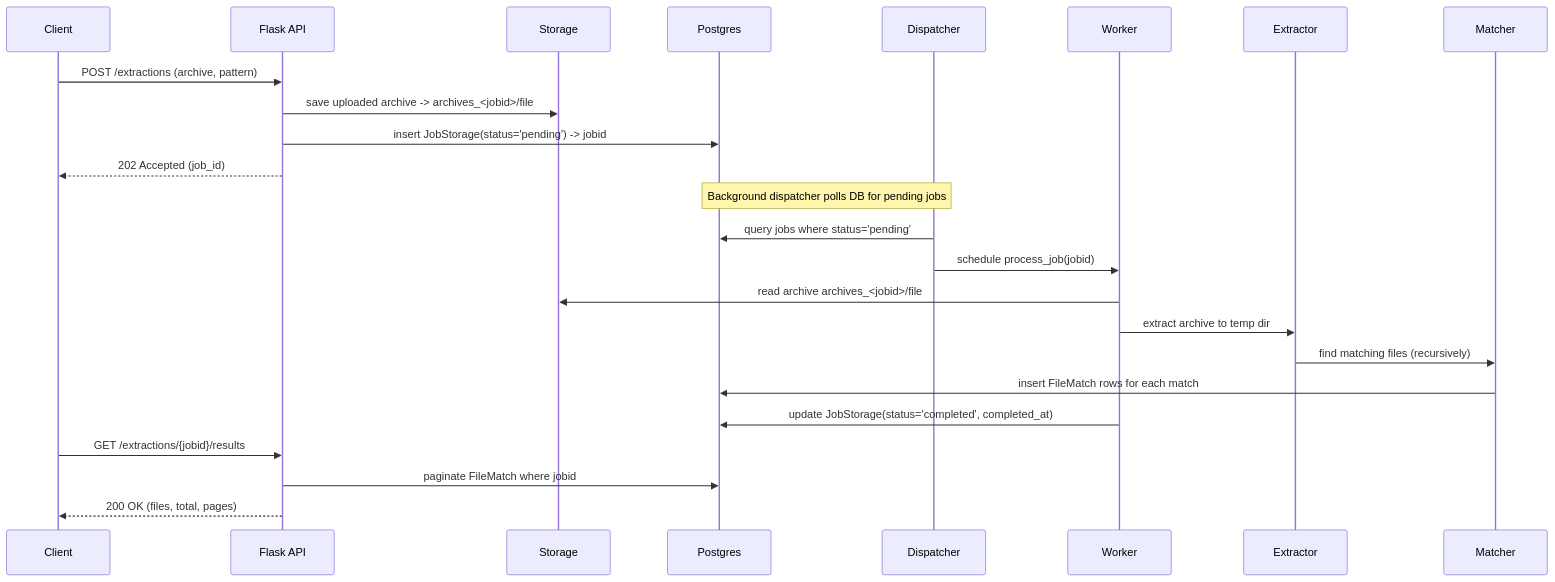
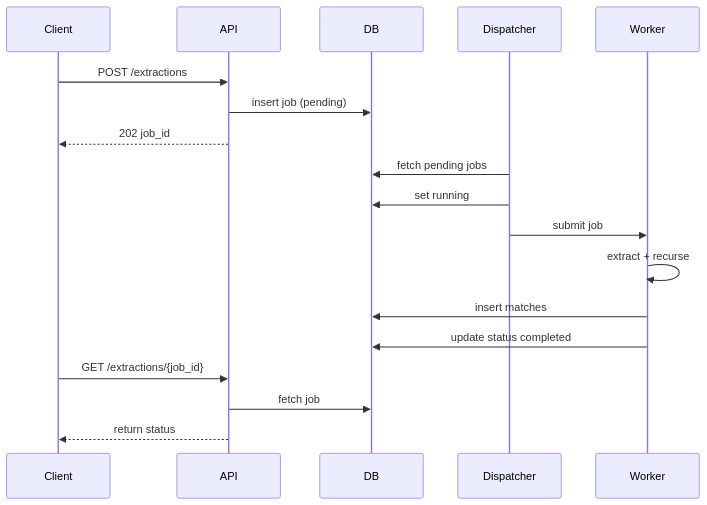
One commit to pradeepkumar-c/archive_file_extractor changed the second of 4 diagrams in docs/architecture.md. Above: the diagram before and after it, drawn with Mermaid. The commit also changed other lines of this file and 5 other files, not shown here.

Commit message:
Updated README.md and architecture.MD, updated service.py code, where some duplication of code exists and corresponding test cases

````diff
--- a/docs/architecture.md
+++ b/docs/architecture.md
@@ -32,29 +83,24 @@
 ```mermaid
 sequenceDiagram
-  participant C as Client
-  participant API as Flask API
-  participant S as Storage
-  participant DB as Postgres
-  participant D as Dispatcher
-  participant W as Worker
-  participant E as Extractor
-  participant M as Matcher
+    participant Client
+    participant API
+    participant DB
+    participant Dispatcher
+    participant Worker
 
-  C->>API: POST /extractions (archive, pattern)
-  API->>S: save uploaded archive -> archives_<jobid>/file
-  API->>DB: insert JobStorage(status='pending') -> jobid
-  API-->>C: 202 Accepted (job_id)
+    Client->>API: POST /extractions
+    API->>DB: insert job (pending)
+    API-->>Client: 202 job_id
 
-  Note over D,DB: Background dispatcher polls DB for pending jobs
-  D->>DB: query jobs where status='pending'
-  D->>W: schedule process_job(jobid)
-  W->>S: read archive archives_<jobid>/file
-  W->>E: extract archive to temp dir
-  E->>M: find matching files (recursively)
-  M->>DB: insert FileMatch rows for each match
-  W->>DB: update JobStorage(status='completed', completed_at)
+    Dispatcher->>DB: fetch pending jobs
+    Dispatcher->>DB: set running
+    Dispatcher->>Worker: submit job
 
-  C->>API: GET /extractions/{jobid}/results
-  API->>DB: paginate FileMatch where jobid
-  API-->>C: 200 OK (files, total, pages)
+    Worker->>Worker: extract + recurse
+    Worker->>DB: insert matches
+    Worker->>DB: update status completed
+
+    Client->>API: GET /extractions/{job_id}
+    API->>DB: fetch job
+    API-->>Client: return status
 ```
````
